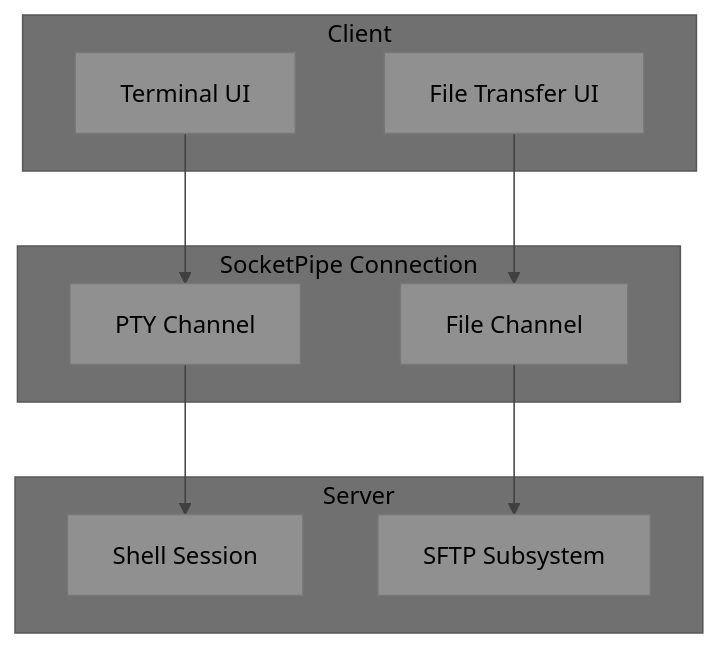
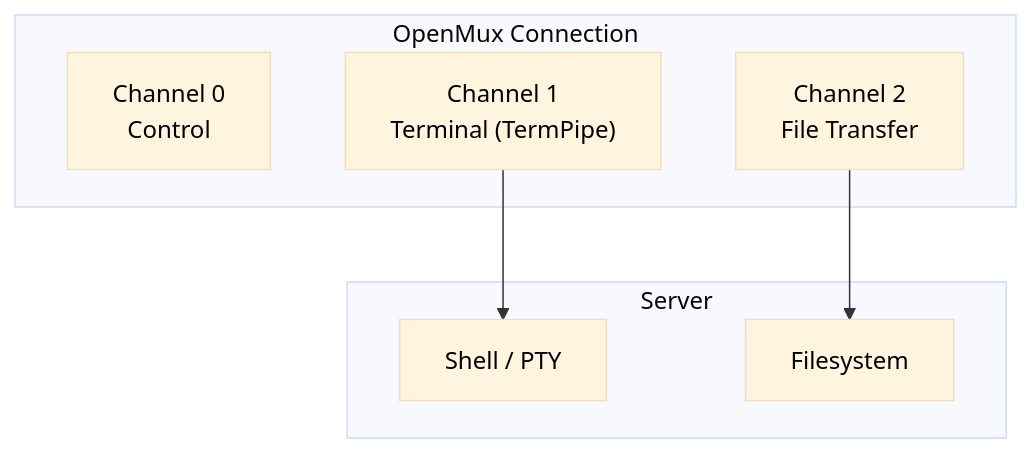
The first of 4 diagrams in docs/ext-file-transfer.md (deftai/xumux), drawn with Mermaid before and after one commit. The commit also changed other lines of this file and 6 other files, not shown here.

````diff
--- a/docs/ext-file-transfer.md
+++ b/docs/ext-file-transfer.md
@@ -20,23 +22,17 @@
 ```mermaid
-%%{init: {'theme': 'base', 'themeVariables': {'primaryTextColor': '#000000', 'secondaryTextColor': '#000000', 'tertiaryTextColor': '#000000', 'primaryColor': '#909090', 'secondaryColor': '#808080', 'tertiaryColor': '#707070', 'lineColor': '#404040'}}}%%
+%%{init: {'theme': 'base', 'themeVariables': {'primaryTextColor': '#000', 'lineColor': '#333'}}}%%
 graph TB
-    subgraph "Client"
-        UI[Terminal UI]
-        FT[File Transfer UI]
+    subgraph "OpenMux Connection"
+        CH0["Channel 0<br/>Control"]
+        CH1["Channel 1<br/>Terminal (TermPipe)"]
+        CH2["Channel 2<br/>File Transfer"]
     end
-    
-    subgraph "SocketPipe Connection"
-        PTY[PTY Channel]
-        FILE[File Channel]
+
+    subgraph "Server"
+        SHELL["Shell / PTY"]
+        FS["Filesystem"]
     end
-    
-    subgraph "Server"
-        SHELL[Shell Session]
-        SFTP[SFTP Subsystem]
-    end
-    
-    UI --> PTY
-    FT --> FILE
-    PTY --> SHELL
-    FILE --> SFTP
+
+    CH1 --> SHELL
+    CH2 --> FS
 ```
````
